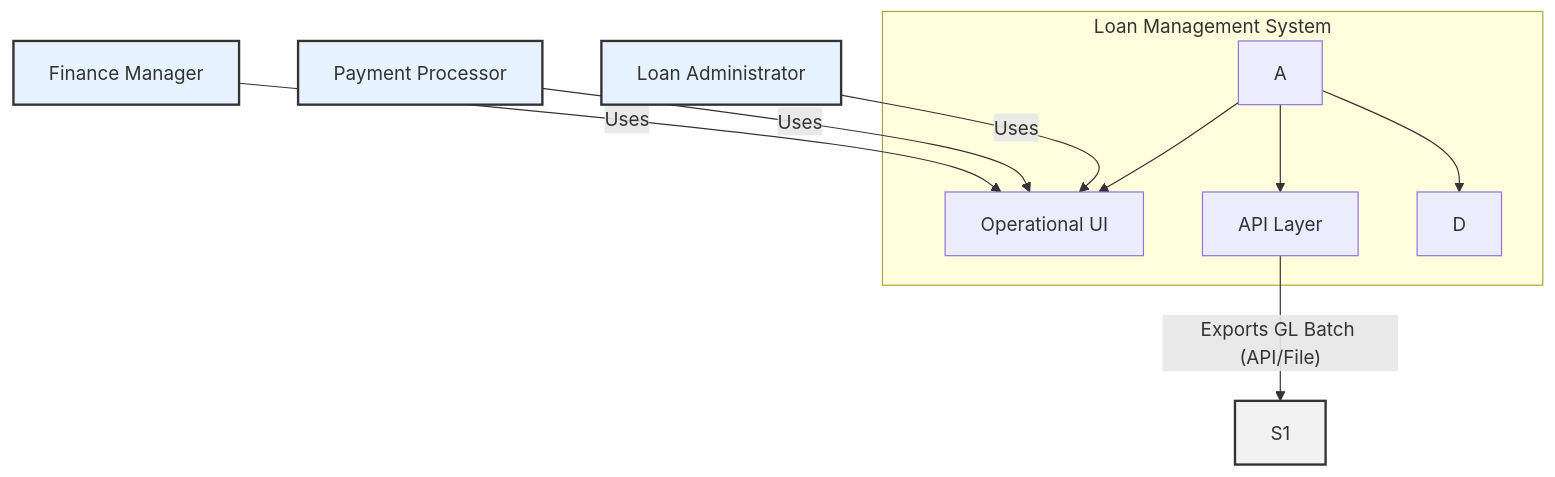
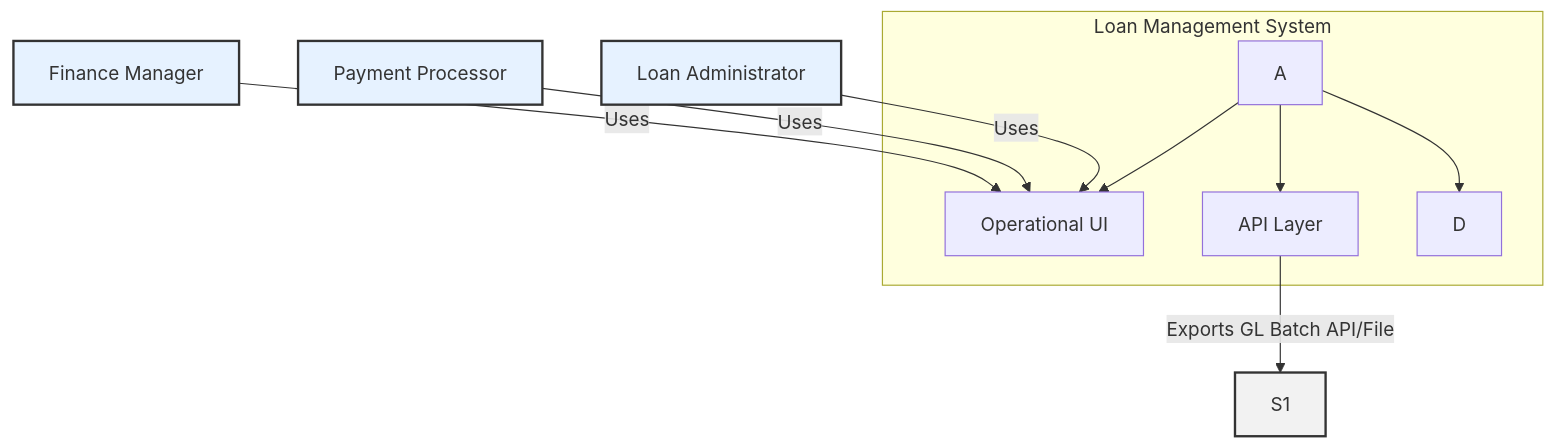
Before and after one commit to Cyoda-platform/lms-loan-management: the first of 6 diagrams in src/main/resources/functional_requirements/LMS_SPECIFICATION.md, drawn with Mermaid.

Commit message:
update the spec

````diff
--- a/src/main/resources/functional_requirements/LMS_SPECIFICATION.md
+++ b/src/main/resources/functional_requirements/LMS_SPECIFICATION.md
@@ -56,23 +56,23 @@
 ```mermaid
 graph TD
     subgraph Loan Management System
         A
         B[Operational UI]
         C[API Layer]
         D
         A --> B
         A --> C
         A --> D
     end
 
     U1[Loan Administrator] -- Uses --> B
     U2[Payment Processor] -- Uses --> B
     U3[Finance Manager] -- Uses --> B
 
-    C -- Exports GL Batch (API/File) --> S1
+    C -- Exports GL Batch API/File --> S1
 
     style U1 fill:#e6f2ff,stroke:#333,stroke-width:2px
     style U2 fill:#e6f2ff,stroke:#333,stroke-width:2px
     style U3 fill:#e6f2ff,stroke:#333,stroke-width:2px
     style S1 fill:#f2f2f2,stroke:#333,stroke-width:2px
 ```
````
